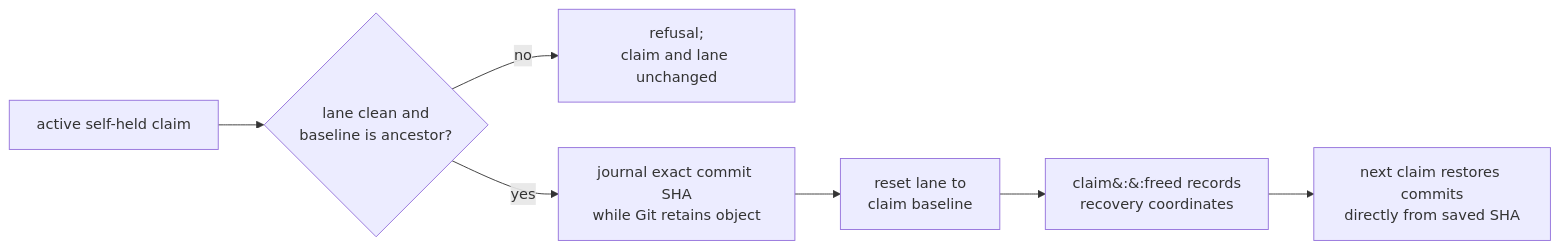
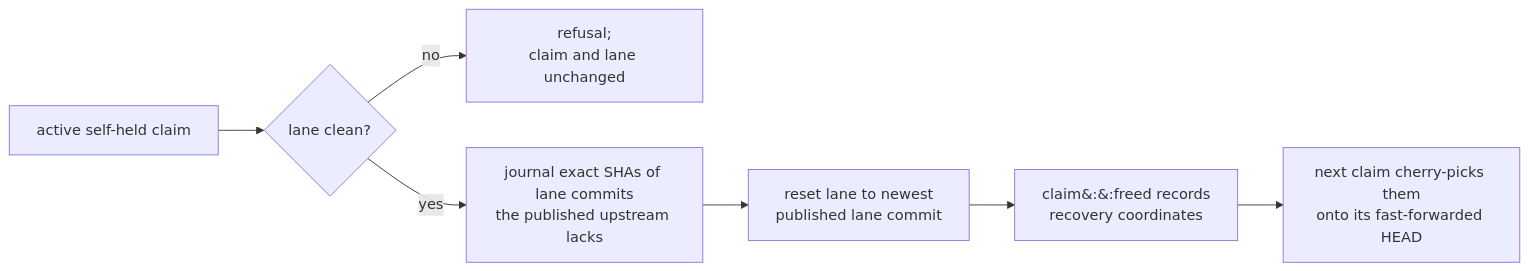
One commit to infimalabs/spice-rust changed the third of 17 diagrams in docs/product/loops.md. Above: the diagram before and after it, drawn with Mermaid. The commit also changed other lines of this file and 12 other files, not shown here.

First line of the commit message:
Transplant a released task's commits onto the claimant's baseline

````diff
--- a/docs/product/loops.md
+++ b/docs/product/loops.md
@@ -42,9 +42,9 @@
 ```mermaid
 flowchart LR
-  A["active self-held claim"] --> C{"lane clean and<br/>baseline is ancestor?"}
+  A["active self-held claim"] --> C{"lane clean?"}
   C -- no --> X["refusal;<br/>claim and lane unchanged"]
-  C -- yes --> P["journal exact commit SHA<br/>while Git retains object"]
-  P --> R["reset lane to<br/>claim baseline"]
+  C -- yes --> P["journal exact SHAs of lane commits<br/>the published upstream lacks"]
+  P --> R["reset lane to newest<br/>published lane commit"]
   R --> F["claim&#58;&#58;freed records<br/>recovery coordinates"]
-  F --> N["next claim restores commits<br/>directly from saved SHA"]
+  F --> N["next claim cherry-picks them<br/>onto its fast-forwarded HEAD"]
 ```
````
